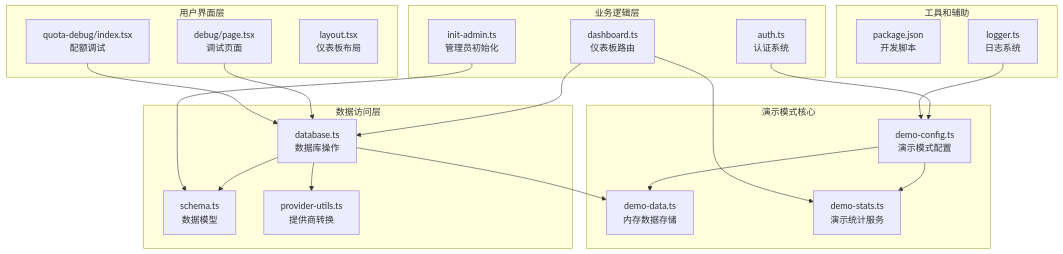
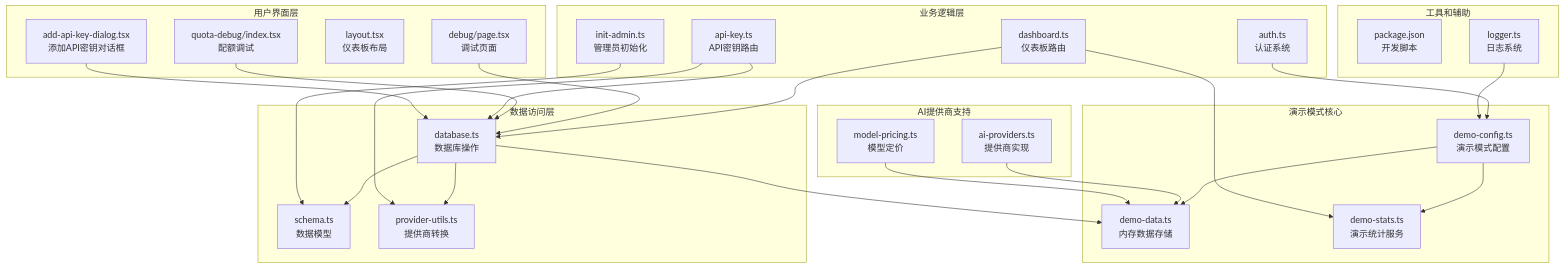
One commit to RadiumAg/AIGate changed the first of 10 diagrams in .qoder/repowiki/zh/content/核心功能/演示模式系统.md. Above: the diagram before and after it, drawn with Mermaid. The commit also changed other lines of this file and 3 other files, not shown here.

````diff
--- a/.qoder/repowiki/zh/content/核心功能/演示模式系统.md
+++ b/.qoder/repowiki/zh/content/核心功能/演示模式系统.md
@@ -58,39 +61,50 @@
 ```mermaid
 graph TB
 subgraph "演示模式核心"
 DC[demo-config.ts<br/>演示模式配置]
 DD[demo-data.ts<br/>内存数据存储]
 DS[demo-stats.ts<br/>演示统计服务]
 end
 subgraph "数据访问层"
 DB[database.ts<br/>数据库操作]
 SC[schema.ts<br/>数据模型]
 PU[provider-utils.ts<br/>提供商转换]
 end
 subgraph "业务逻辑层"
 DR[dashboard.ts<br/>仪表板路由]
 AU[auth.ts<br/>认证系统]
 IL[init-admin.ts<br/>管理员初始化]
+AK[api-key.ts<br/>API密钥路由]
+end
+subgraph "AI提供商支持"
+AP[ai-providers.ts<br/>提供商实现]
+MP[model-pricing.ts<br/>模型定价]
 end
 subgraph "用户界面层"
 DP[debug/page.tsx<br/>调试页面]
 QD[quota-debug/index.tsx<br/>配额调试]
 DL[layout.tsx<br/>仪表板布局]
+ADD[add-api-key-dialog.tsx<br/>添加API密钥对话框]
 end
 subgraph "工具和辅助"
 PKG[package.json<br/>开发脚本]
 LG[logger.ts<br/>日志系统]
 end
 DC --> DD
 DC --> DS
 DB --> DD
 DB --> SC
 DB --> PU
 DR --> DS
 DR --> DB
 DP --> DB
 QD --> DB
 AU --> DC
 IL --> SC
+AK --> DB
+AK --> PU
+AP --> DD
+MP --> DD
+ADD --> DB
 LG --> DC
 ```
````
